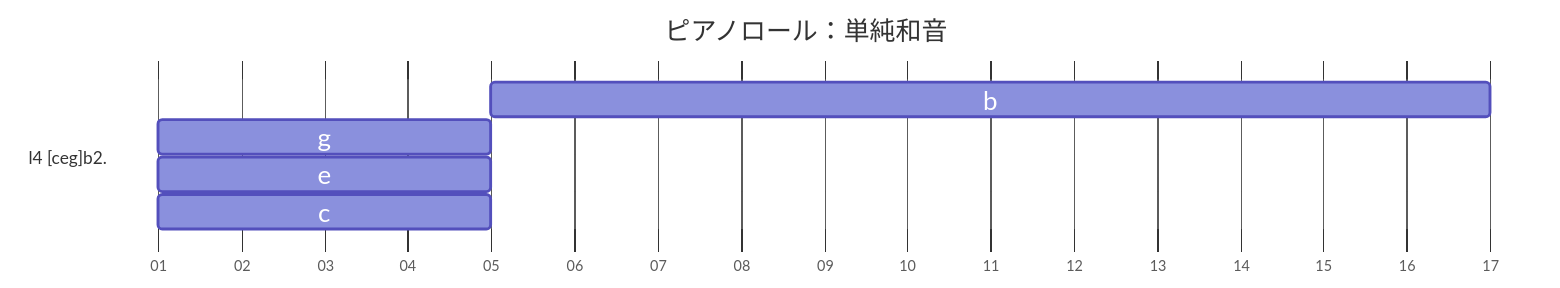
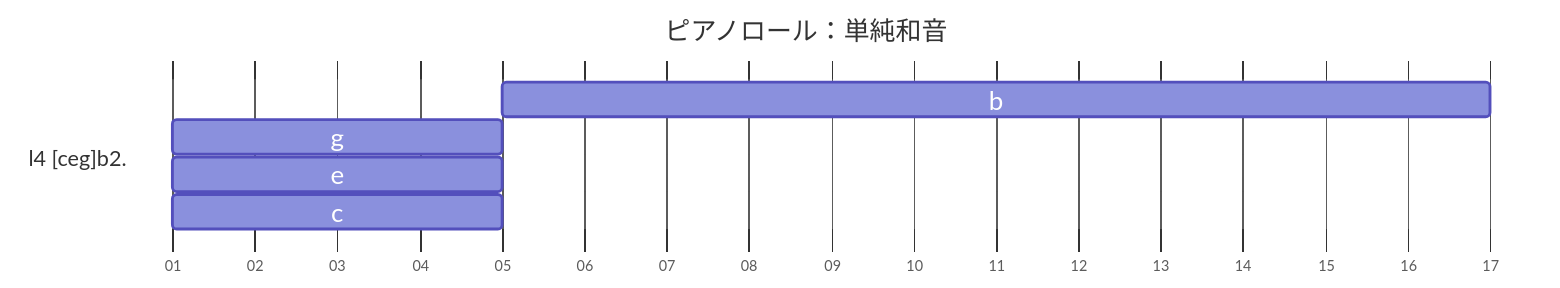
The second of 4 diagrams in docs/ch09/9_2.md (lineardrive/V3MMLmanual), drawn with Mermaid before and after one commit. The commit also changed other lines of this file, not shown here.

````diff
--- a/docs/ch09/9_2.md
+++ b/docs/ch09/9_2.md
@@ -57,29 +57,29 @@
 ```mermaid
 ---
 config:
   themeCSS: >-
     .tick text { display: none; }
   themeVariables:
     excludeBkgColor: "transparent"
     sectionBkgColor: "#fff"
   gantt:
     topPadding: 64
     titleTopMargin: 35
     barHeight: 24
     barGap: 2
     fontSize: 18
-    sectionFontSize: 12
-    leftPadding: 100
+    sectionFontSize: 15
+    leftPadding: 110
 ---
 gantt
     title ピアノロール：単純和音
     dateFormat YYYY-MM-DD
     tickInterval 1day
     axisFormat %d
 
     section l4 [ceg]b2.
         b :  t4,   after t1, 12d
         g :  t3, 2025-01-01, 4d
         e :  t2, 2025-01-01, 4d
         c :  t1, 2025-01-01, 4d
 ```
````
